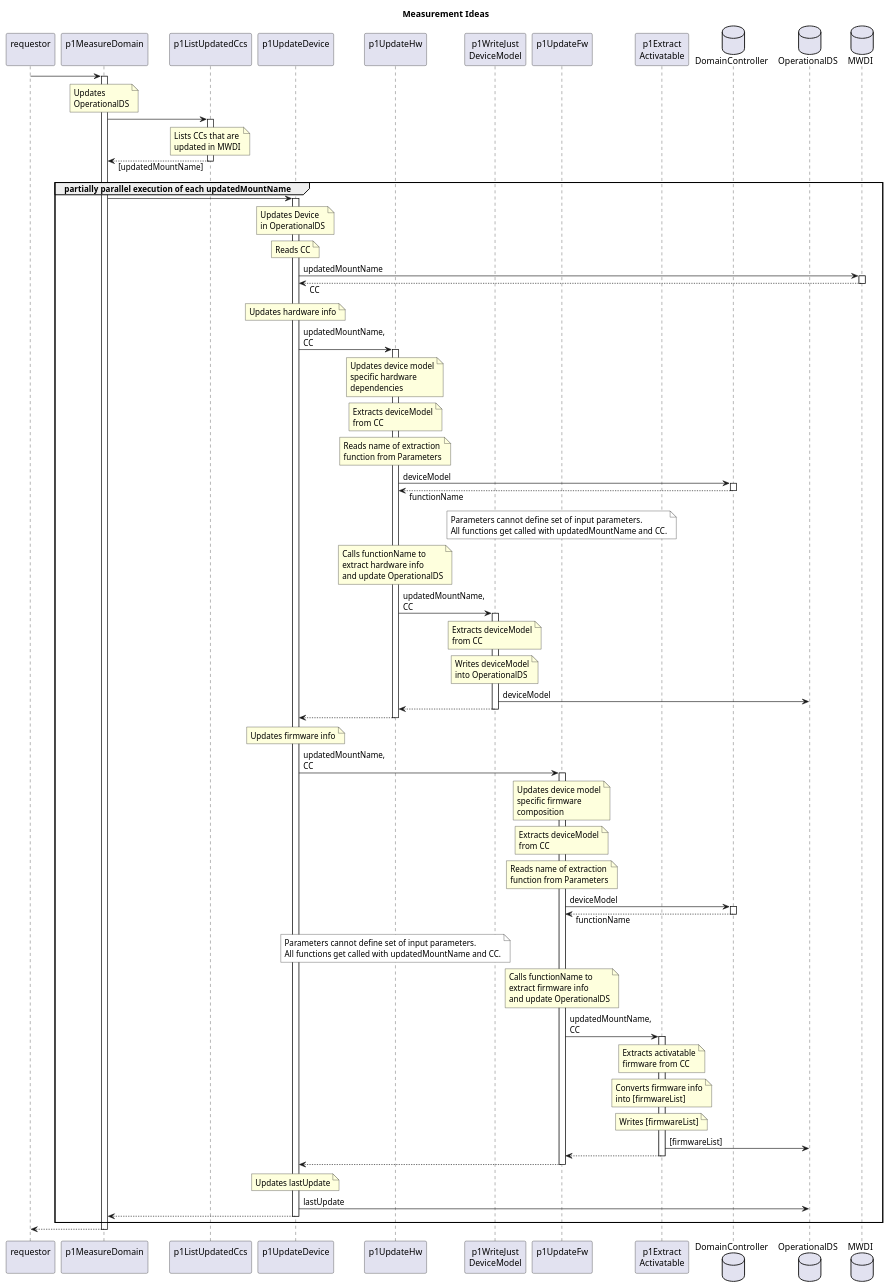
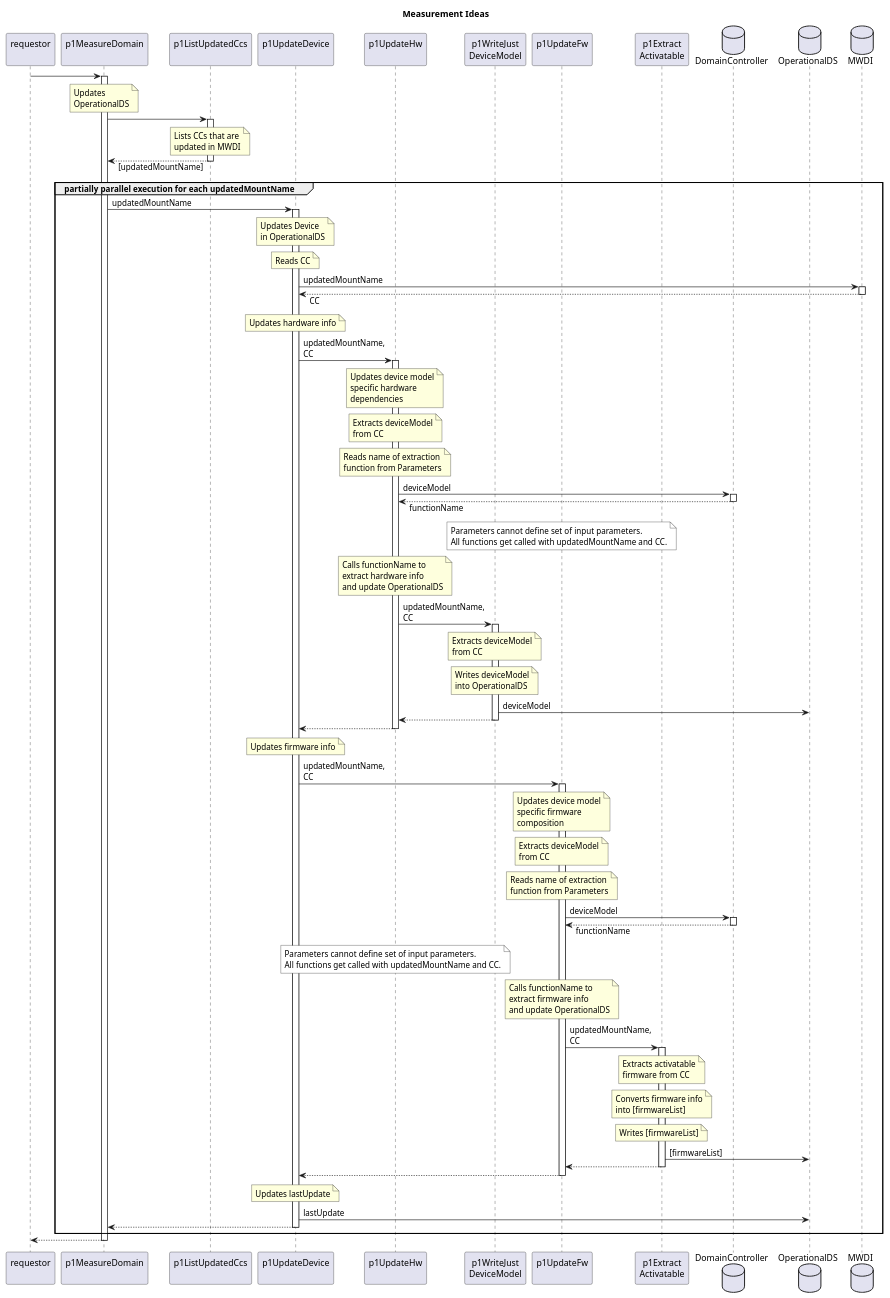
Before and after one commit to openBackhaul/FirmWareManager: the diagram in spec/Functions/Measurement/measurement_ideas.plantuml, drawn with PlantUML. The commit also changed 16 other files, not shown here.

```diff
--- a/spec/Functions/Measurement/measurement_ideas.plantuml
+++ b/spec/Functions/Measurement/measurement_ideas.plantuml
@@ -1,168 +1,168 @@
 @startuml measurement_ideas
 skinparam responseMessageBelowArrow true
 
 title
   Measurement Ideas
 end title
 
 participant "requestor\n" as requestor
 participant "p1MeasureDomain\n" as indServ
 participant "p1ListUpdatedCcs\n" as listCcs
 participant "p1UpdateDevice\n" as updateCc
 participant "p1UpdateHw\n" as updateHw
 participant "p1WriteJust\nDeviceModel" as writeModel
 participant "p1UpdateFw\n" as updateFw
 participant "p1Extract\nActivatable" as extractAct
 
 database "DomainController" as DC
 database "OperationalDS" as OpDS
 database "MWDI" as Mwdi
 
 requestor -> indServ
 activate indServ
   note over indServ
     Updates
     OperationalDS
   end note
 
   indServ -> listCcs
   activate listCcs
     note over listCcs
       Lists CCs that are
       updated in MWDI
     end note
   indServ <-- listCcs: [updatedMountName]
   deactivate listCcs
 
-  group partially parallel execution of each updatedMountName
-    indServ -> updateCc
+  group partially parallel execution for each updatedMountName
+    indServ -> updateCc: updatedMountName
     activate updateCc
       note over updateCc
         Updates Device
         in OperationalDS
       end note
 
       note over updateCc
         Reads CC
       end note
       updateCc -> Mwdi: updatedMountName
       activate Mwdi
       updateCc <-- Mwdi: CC
       deactivate Mwdi
 
       note over updateCc
         Updates hardware info
       end note
       updateCc -> updateHw: updatedMountName,\nCC
       activate updateHw
         note over updateHw
           Updates device model
           specific hardware
           dependencies
         end note
 
         note over updateHw
           Extracts deviceModel
           from CC
         end note
 
         note over updateHw
           Reads name of extraction
           function from Parameters
         end note
         updateHw -> DC: deviceModel
         activate DC
         updateHw <-- DC: functionName
         deactivate DC
         note over updateFw #White
           Parameters cannot define set of input parameters.
           All functions get called with updatedMountName and CC.
         end note
 
         note over updateHw
           Calls functionName to
           extract hardware info
           and update OperationalDS
         end note
         updateHw -> writeModel: updatedMountName,\nCC
         activate writeModel
           note over writeModel
             Extracts deviceModel
             from CC
           end note
           note over writeModel
             Writes deviceModel
             into OperationalDS
           end note
           writeModel -> OpDS: deviceModel
         updateHw <-- writeModel
         deactivate writeModel
       updateCc <-- updateHw
       deactivate updateHw
 
       note over updateCc
         Updates firmware info
       end note
       updateCc -> updateFw: updatedMountName,\nCC
       activate updateFw
         note over updateFw
           Updates device model
           specific firmware
           composition
         end note
 
         note over updateFw
           Extracts deviceModel
           from CC
         end note
 
         note over updateFw
           Reads name of extraction
           function from Parameters
         end note
         updateFw -> DC: deviceModel
         activate DC
         updateFw <-- DC: functionName
         deactivate DC
         note over updateHw #White
           Parameters cannot define set of input parameters.
           All functions get called with updatedMountName and CC.
         end note
 
         note over updateFw
           Calls functionName to
           extract firmware info
           and update OperationalDS
         end note
         updateFw -> extractAct: updatedMountName,\nCC
         activate extractAct
           note over extractAct
             Extracts activatable
             firmware from CC
           end note
           note over extractAct
             Converts firmware info
             into [firmwareList]
           end note
           note over extractAct
             Writes [firmwareList]
           end note
           extractAct -> OpDS: [firmwareList]
         updateFw <-- extractAct
         deactivate extractAct
       updateCc <-- updateFw
       deactivate updateFw
 
       note over updateCc
         Updates lastUpdate
       end note
       updateCc -> OpDS: lastUpdate
 
     indServ <-- updateCc
     deactivate updateCc
   end group updatedMountNames
 
 requestor <-- indServ
 deactivate indServ
 
 @enduml
```
